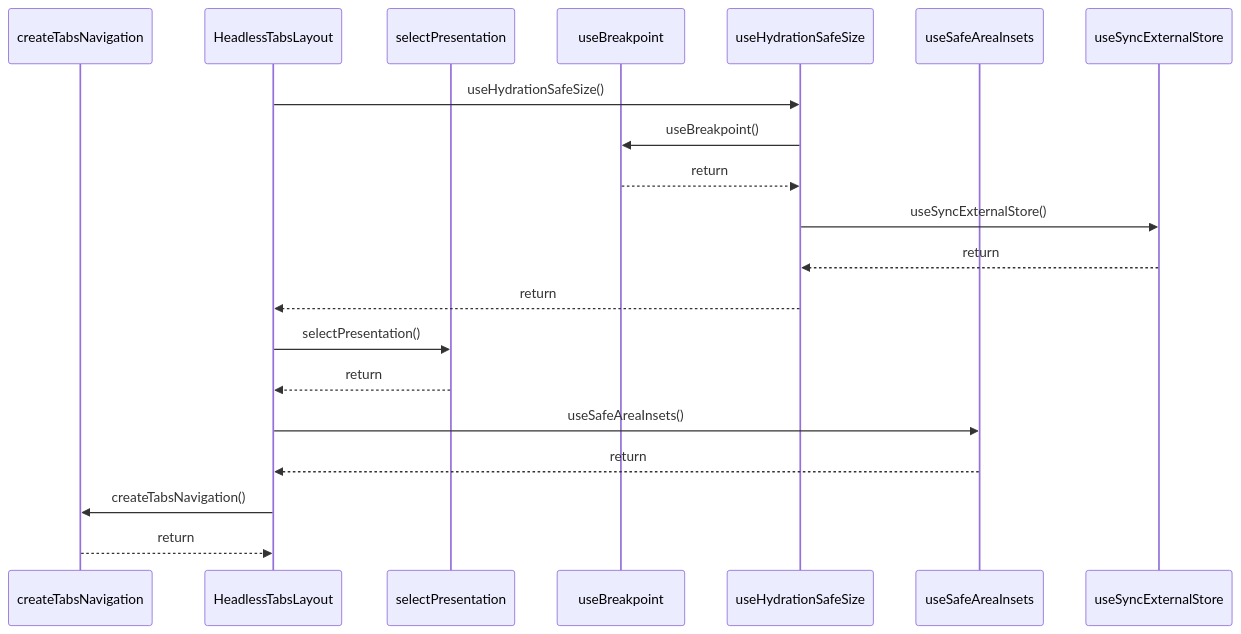
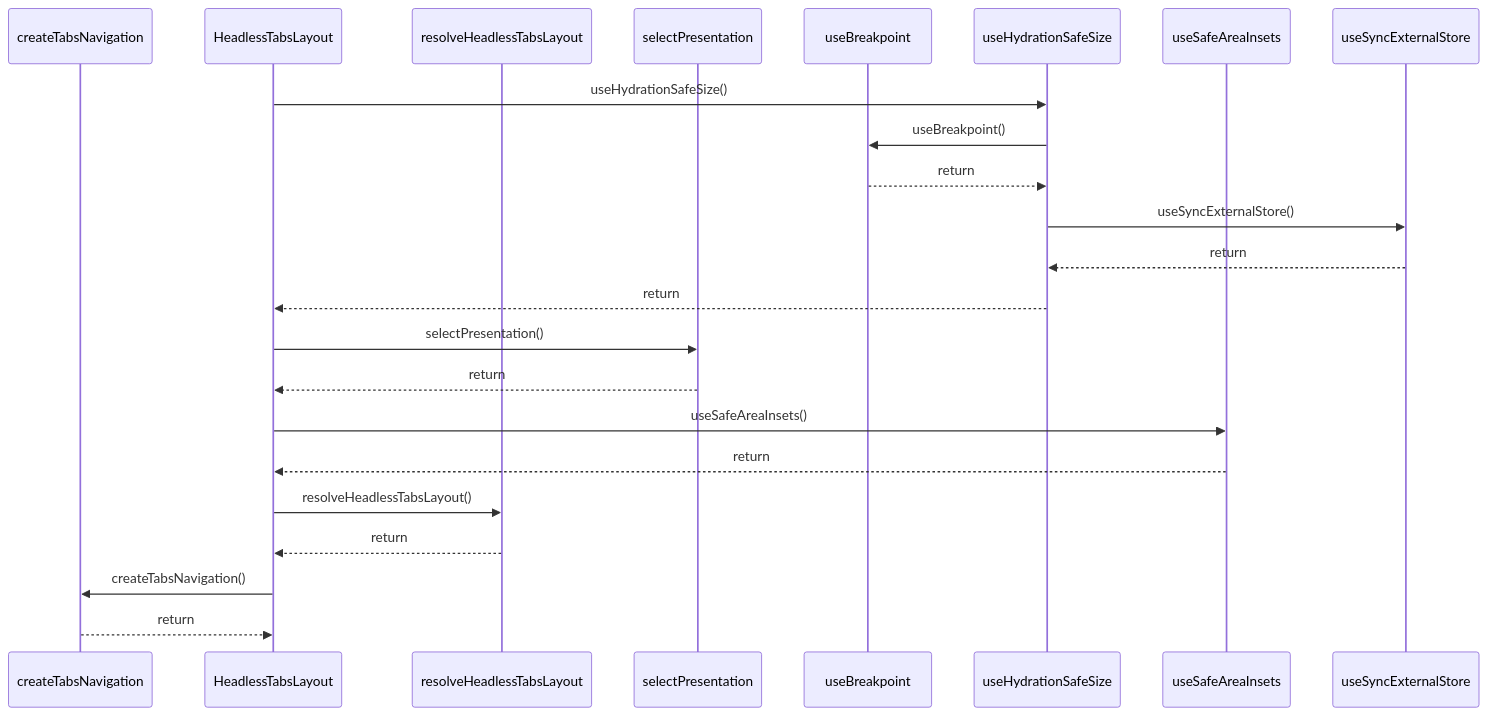
Before and after one commit to ankhorage/navigator: the diagram in paradox/diagrams/sequences/headless-tabs-layout.mmd, drawn with Mermaid. The commit also changed 16 other files, not shown here.

```diff
--- a/paradox/diagrams/sequences/headless-tabs-layout.mmd
+++ b/paradox/diagrams/sequences/headless-tabs-layout.mmd
@@ -1,20 +1,23 @@
 sequenceDiagram
   participant participant_createTabsNavigation as createTabsNavigation
   participant participant_HeadlessTabsLayout as HeadlessTabsLayout
+  participant participant_resolveHeadlessTabsLayout as resolveHeadlessTabsLayout
   participant participant_selectPresentation as selectPresentation
   participant participant_useBreakpoint as useBreakpoint
   participant participant_useHydrationSafeSize as useHydrationSafeSize
   participant participant_useSafeAreaInsets as useSafeAreaInsets
   participant participant_useSyncExternalStore as useSyncExternalStore
   participant_HeadlessTabsLayout->>participant_useHydrationSafeSize: useHydrationSafeSize()
   participant_useHydrationSafeSize->>participant_useBreakpoint: useBreakpoint()
   participant_useBreakpoint-->>participant_useHydrationSafeSize: return
   participant_useHydrationSafeSize->>participant_useSyncExternalStore: useSyncExternalStore()
   participant_useSyncExternalStore-->>participant_useHydrationSafeSize: return
   participant_useHydrationSafeSize-->>participant_HeadlessTabsLayout: return
   participant_HeadlessTabsLayout->>participant_selectPresentation: selectPresentation()
   participant_selectPresentation-->>participant_HeadlessTabsLayout: return
   participant_HeadlessTabsLayout->>participant_useSafeAreaInsets: useSafeAreaInsets()
   participant_useSafeAreaInsets-->>participant_HeadlessTabsLayout: return
+  participant_HeadlessTabsLayout->>participant_resolveHeadlessTabsLayout: resolveHeadlessTabsLayout()
+  participant_resolveHeadlessTabsLayout-->>participant_HeadlessTabsLayout: return
   participant_HeadlessTabsLayout->>participant_createTabsNavigation: createTabsNavigation()
   participant_createTabsNavigation-->>participant_HeadlessTabsLayout: return
```
